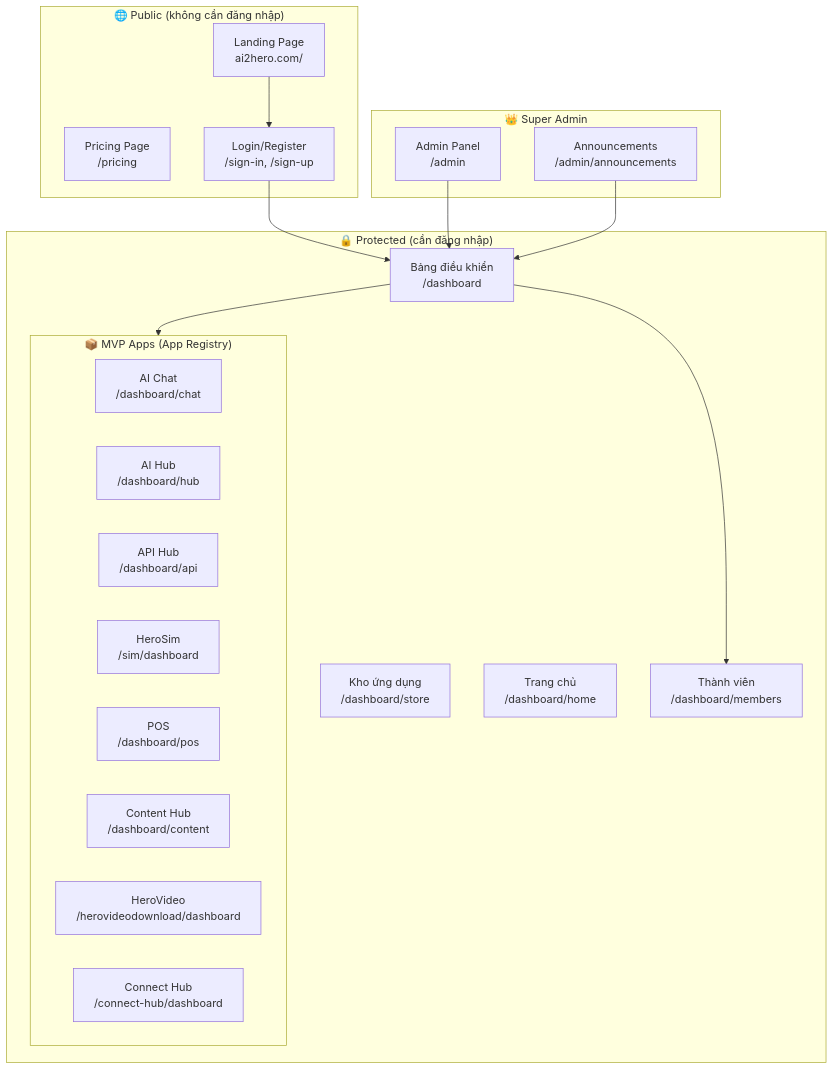
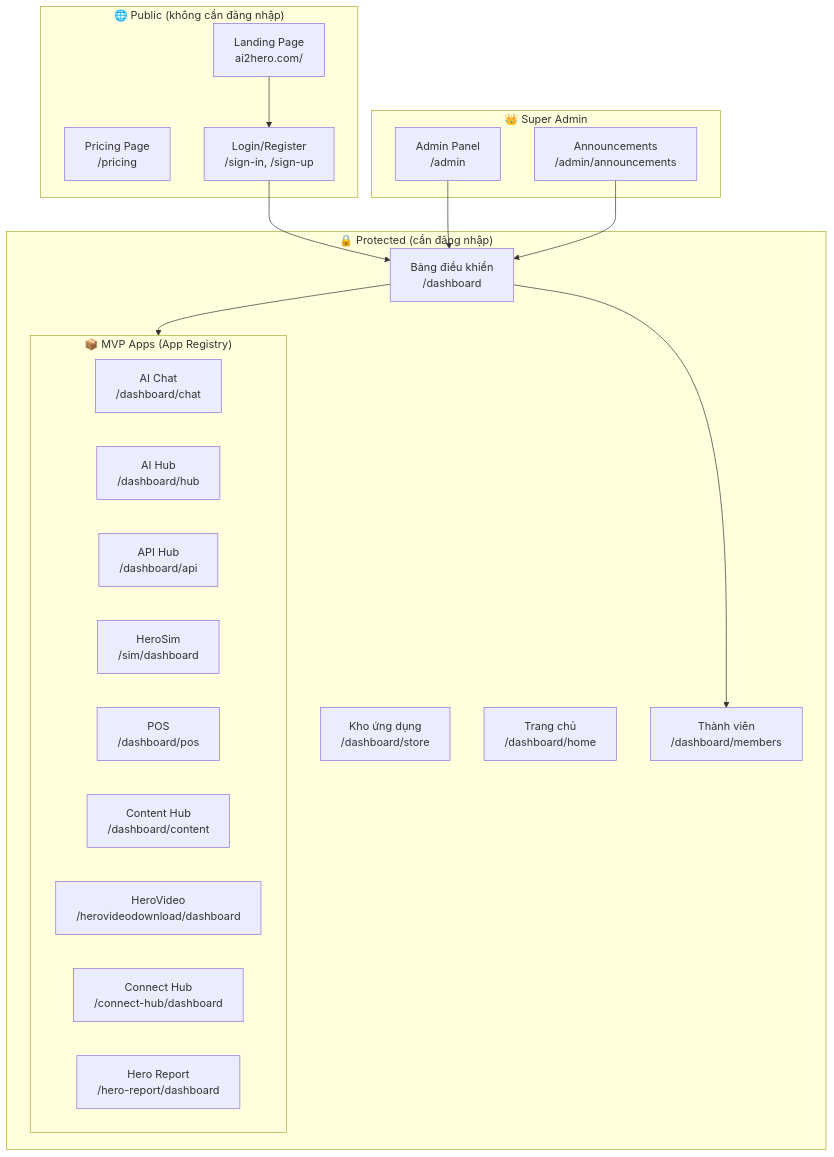
The diagram in UI_MAP.md (nvhung1088-alt/ai2hero), drawn with Mermaid before and after one commit. The commit also changed other lines of this file and 37 other files, not shown here.

Commit message:
feat: deploy Connect Hub Gateway and Hero Report MVP to production

````diff
--- a/UI_MAP.md
+++ b/UI_MAP.md
@@ -7,38 +7,39 @@
 ```mermaid
 graph TB
     subgraph Public["🌐 Public (không cần đăng nhập)"]
         LP[Landing Page<br>ai2hero.com/]
         PR[Pricing Page<br>/pricing]
         LG[Login/Register<br>/sign-in, /sign-up]
     end
 
     subgraph Protected["🔒 Protected (cần đăng nhập)"]
         DB[Bảng điều khiển<br>/dashboard]
         ST[Kho ứng dụng<br>/dashboard/store]
         HM[Trang chủ<br>/dashboard/home]
         MB[Thành viên<br>/dashboard/members]
         
         subgraph MVPs["📦 MVP Apps (App Registry)"]
             CHAT[AI Chat<br>/dashboard/chat]
             HUB[AI Hub<br>/dashboard/hub]
             API[API Hub<br>/dashboard/api]
             SIM[HeroSim<br>/sim/dashboard]
             POS[POS<br>/dashboard/pos]
             CONTENT[Content Hub<br>/dashboard/content]
             VIDEO[HeroVideo<br>/herovideodownload/dashboard]
             CONNECT[Connect Hub<br>/connect-hub/dashboard]
+            REPORT[Hero Report<br>/hero-report/dashboard]
         end
     end
 
     subgraph Admin["👑 Super Admin"]
         SA[Admin Panel<br>/admin]
         AN[Announcements<br>/admin/announcements]
     end
 
     LP --> LG
     LG --> DB
     DB --> MVPs
     DB --> MB
     SA --> DB
     AN --> DB
 ```
````
